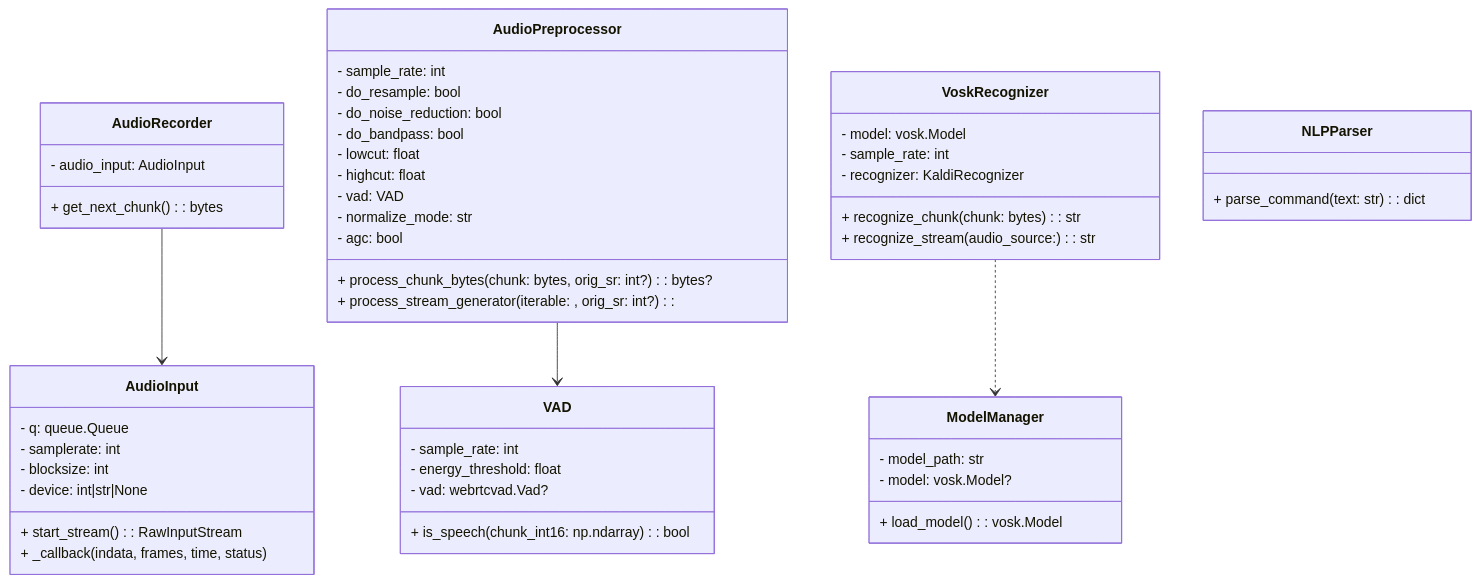
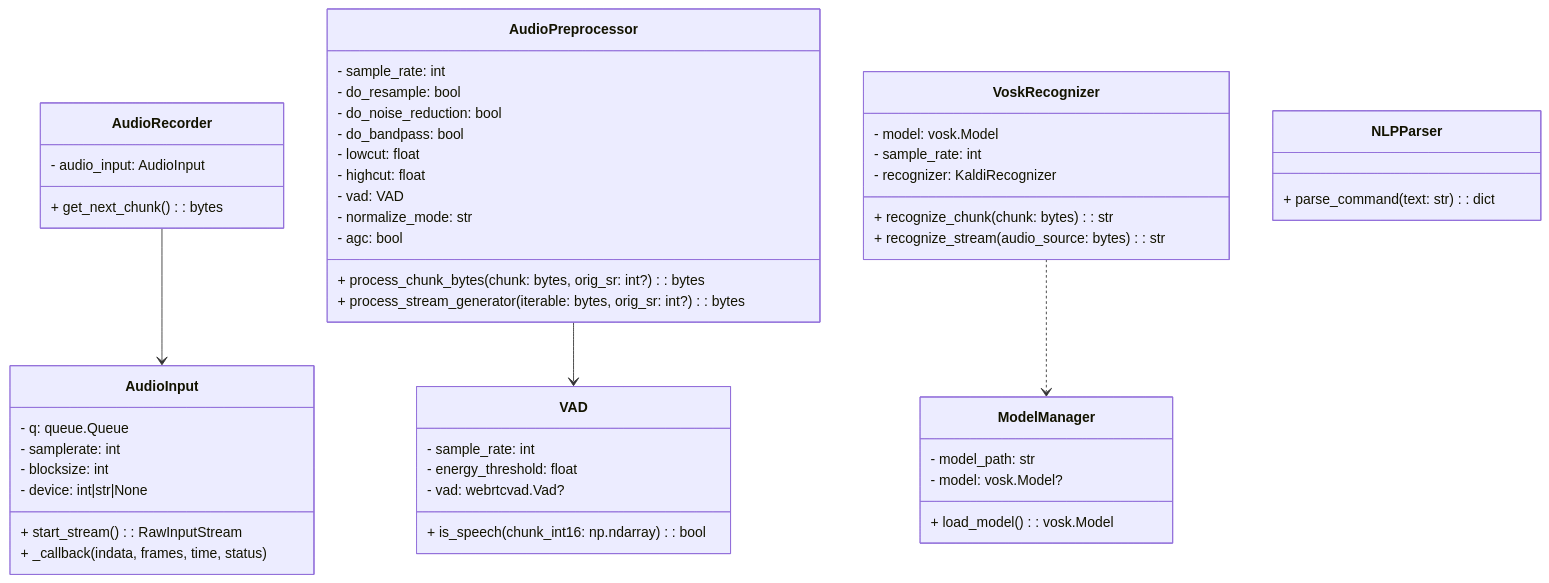
Before and after one commit to Vitormateusromancini/Projeto-Integrador---SISTEMA-EMBARCADO-DE-RECONHECIMENTO-DE-VOZ-OFFLINE: the second of 5 diagrams in README.md, drawn with Mermaid.

````diff
--- a/README.md
+++ b/README.md
@@ -67,59 +67,59 @@
 ```mermaid
 classDiagram
     class AudioInput {
       - q: queue.Queue
       - samplerate: int
       - blocksize: int
       - device: int|str|None
       + start_stream(): RawInputStream
       + _callback(indata, frames, time, status)
     }
 
     class AudioRecorder {
       - audio_input: AudioInput
       + get_next_chunk(): bytes
     }
 
     class AudioPreprocessor {
       - sample_rate: int
       - do_resample: bool
       - do_noise_reduction: bool
       - do_bandpass: bool
       - lowcut: float
       - highcut: float
       - vad: VAD
       - normalize_mode: str
       - agc: bool
-      + process_chunk_bytes(chunk: bytes, orig_sr: int?): bytes?
-      + process_stream_generator(iterable: <bytes>, orig_sr: int?): <bytes>
+      + process_chunk_bytes(chunk: bytes, orig_sr: int?): bytes
+      + process_stream_generator(iterable: bytes, orig_sr: int?): bytes
     }
 
     class VAD {
       - sample_rate: int
       - energy_threshold: float
       - vad: webrtcvad.Vad?
       + is_speech(chunk_int16: np.ndarray): bool
     }
 
     class ModelManager {
       - model_path: str
       - model: vosk.Model?
       + load_model(): vosk.Model
     }
 
     class VoskRecognizer {
       - model: vosk.Model
       - sample_rate: int
       - recognizer: KaldiRecognizer
       + recognize_chunk(chunk: bytes): str
-      + recognize_stream(audio_source: <bytes>): str
+      + recognize_stream(audio_source: bytes): str
     }
 
     class NLPParser {
       + parse_command(text: str): dict
     }
 
     AudioRecorder --> AudioInput
     AudioPreprocessor --> VAD
     VoskRecognizer ..> ModelManager
 ```
````
